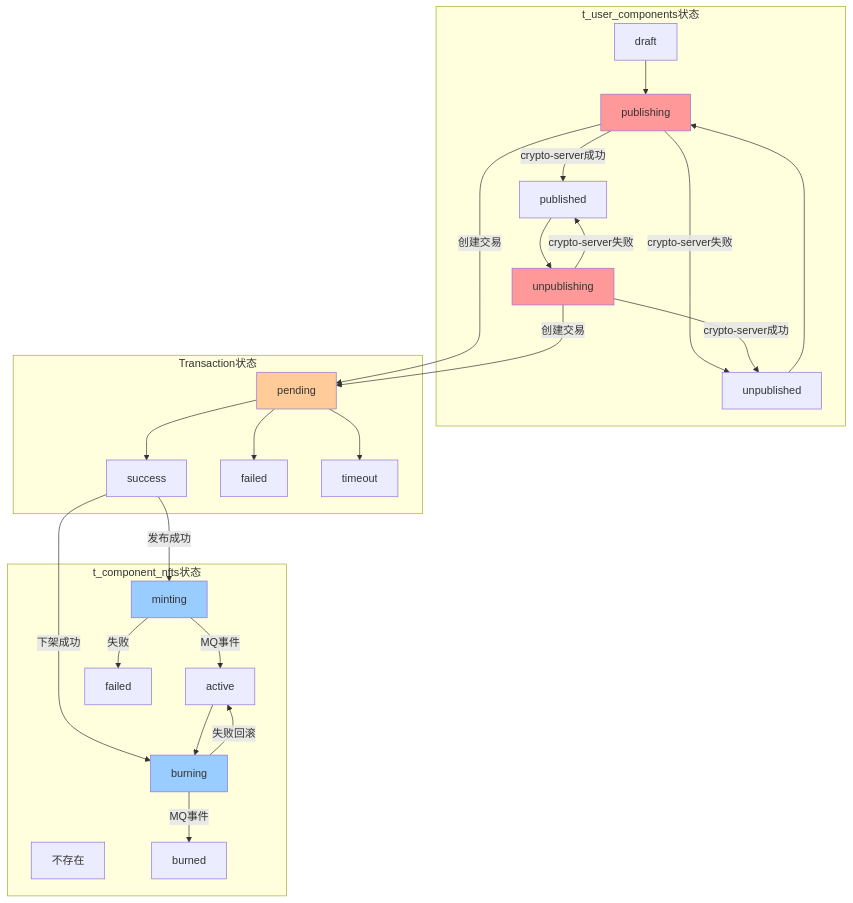
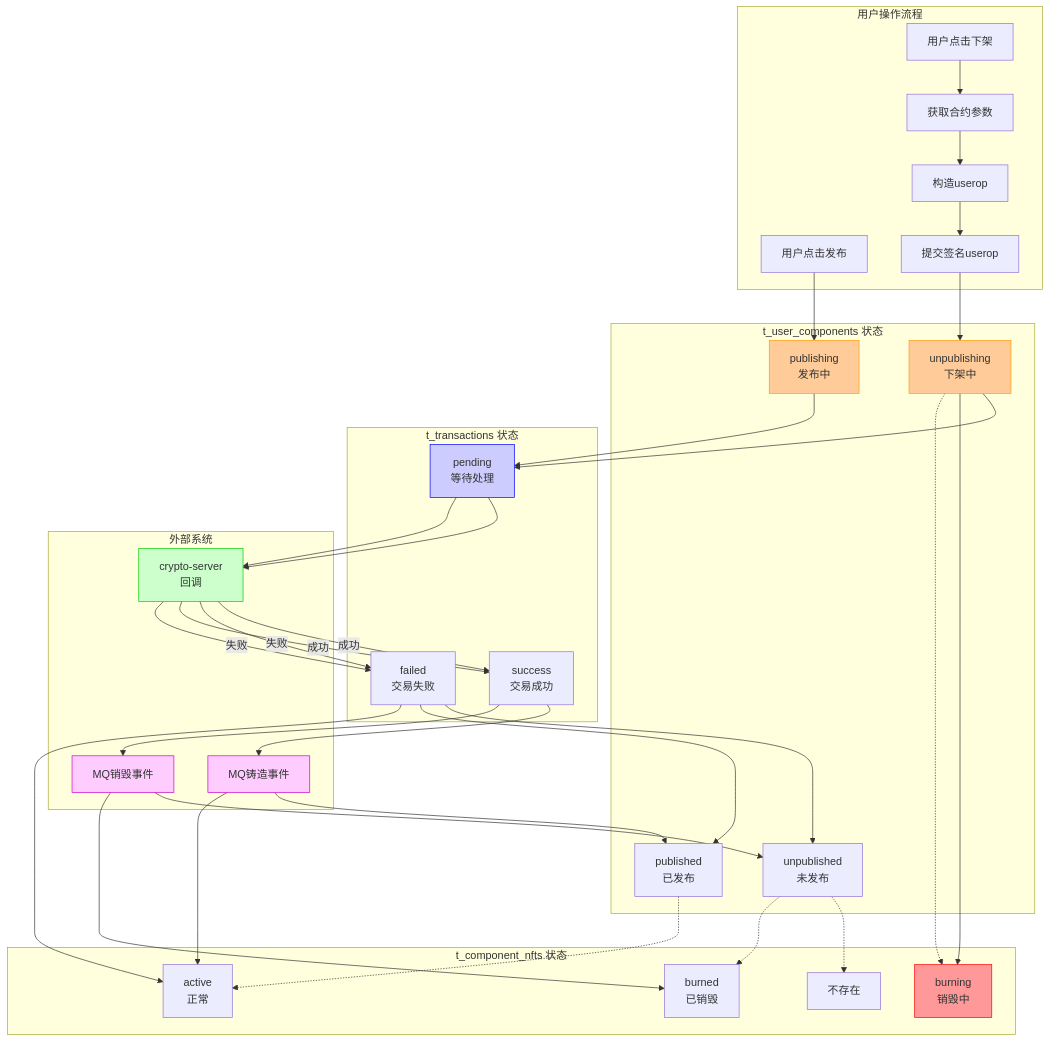
Before and after one commit to yingjianzh/iodraw-files: the diagram in all/未命名-76.md, drawn with Mermaid.

Commit message:
2025-07-08 11:29:02 update

````diff
--- a/all/未命名-76.md
+++ b/all/未命名-76.md
@@ -1,54 +1,78 @@
 ```mermaid
 graph TB
-    subgraph "t_user_components状态"
-        UC1[draft]
-        UC2[publishing]
-        UC3[published]
-        UC4[unpublishing]
-        UC5[unpublished]
+    subgraph "用户操作流程"
+        U1[用户点击发布]
+        U2[用户点击下架]
+        U3[获取合约参数]
+        U4[构造userop]
+        U5[提交签名userop]
     end
     
-    subgraph "t_component_nfts状态"
-        NFT1[不存在]
-        NFT2[minting]
-        NFT3[active]
-        NFT4[burning]
-        NFT5[burned]
-        NFT6[failed]
+    subgraph "t_user_components 状态"
+        UC1[unpublished<br/>未发布]
+        UC2[publishing<br/>发布中]
+        UC3[published<br/>已发布]
+        UC4[unpublishing<br/>下架中]
     end
     
-    subgraph "Transaction状态"
-        TX1[pending]
-        TX2[success]
-        TX3[failed]
-        TX4[timeout]
+    subgraph "t_component_nfts 状态"
+        NFT1[不存在]
+        NFT2[active<br/>正常]
+        NFT3[burning<br/>销毁中]
+        NFT4[burned<br/>已销毁]
     end
     
-    UC1 --> UC2
-    UC2 --> |crypto-server成功| UC3
-    UC2 --> |crypto-server失败| UC5
-    UC3 --> UC4
-    UC4 --> |crypto-server成功| UC5
-    UC4 --> |crypto-server失败| UC3
-    UC5 --> UC2
+    subgraph "t_transactions 状态"
+        TX1[pending<br/>等待处理]
+        TX2[success<br/>交易成功]
+        TX3[failed<br/>交易失败]
+    end
     
-    UC2 --> |创建交易| TX1
-    UC4 --> |创建交易| TX1
-    TX1 --> TX2
-    TX1 --> TX3
-    TX1 --> TX4
+    subgraph "外部系统"
+        CS[crypto-server<br/>回调]
+        MQ1[MQ铸造事件]
+        MQ2[MQ销毁事件]
+    end
     
-    TX2 --> |发布成功| NFT2
-    TX2 --> |下架成功| NFT4
-    NFT2 --> |MQ事件| NFT3
-    NFT2 --> |失败| NFT6
-    NFT3 --> NFT4
-    NFT4 --> |MQ事件| NFT5
-    NFT4 --> |失败回滚| NFT3
+    %% 发布流程
+    U1 --> UC2
+    UC2 --> TX1
+    TX1 --> CS
+    CS --> |成功| TX2
+    CS --> |失败| TX3
+    TX2 --> MQ1
+    MQ1 --> UC3
+    MQ1 --> NFT2
+    TX3 --> UC1
     
-    style UC2 fill:#ff9999
-    style UC4 fill:#ff9999
-    style TX1 fill:#ffcc99
-    style NFT2 fill:#99ccff
-    style NFT4 fill:#99ccff
+    %% 下架流程
+    U2 --> U3
+    U3 --> U4
+    U4 --> U5
+    U5 --> UC4
+    UC4 --> TX1
+    UC4 --> NFT3
+    TX1 --> CS
+    CS --> |成功| TX2
+    CS --> |失败| TX3
+    TX2 --> MQ2
+    MQ2 --> UC1
+    MQ2 --> NFT4
+    TX3 --> UC3
+    TX3 --> NFT2
+    
+    %% 状态对应关系
+    UC1 -.-> NFT1
+    UC3 -.-> NFT2
+    UC4 -.-> NFT3
+    UC1 -.-> NFT4
+    
+    %% 样式
+    style UC2 fill:#ffcc99,stroke:#ff9900
+    style UC4 fill:#ffcc99,stroke:#ff9900
+    style NFT3 fill:#ff9999,stroke:#ff0000
+    style TX1 fill:#ccccff,stroke:#0000ff
+    style CS fill:#ccffcc,stroke:#00cc00
+    style MQ1 fill:#ffccff,stroke:#cc00cc
+    style MQ2 fill:#ffccff,stroke:#cc00cc
 ```
````
